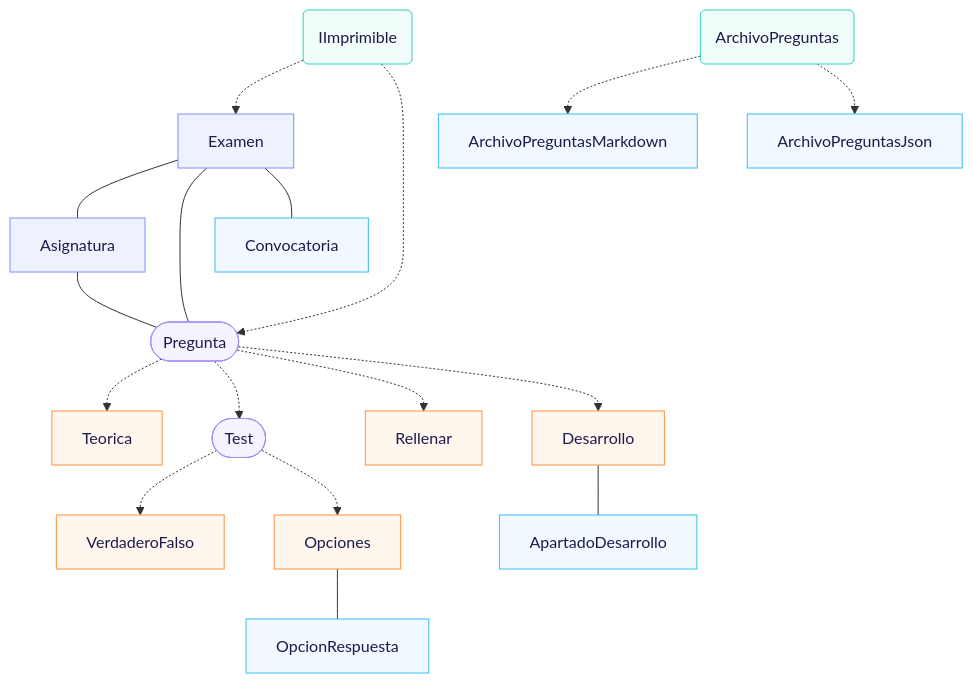
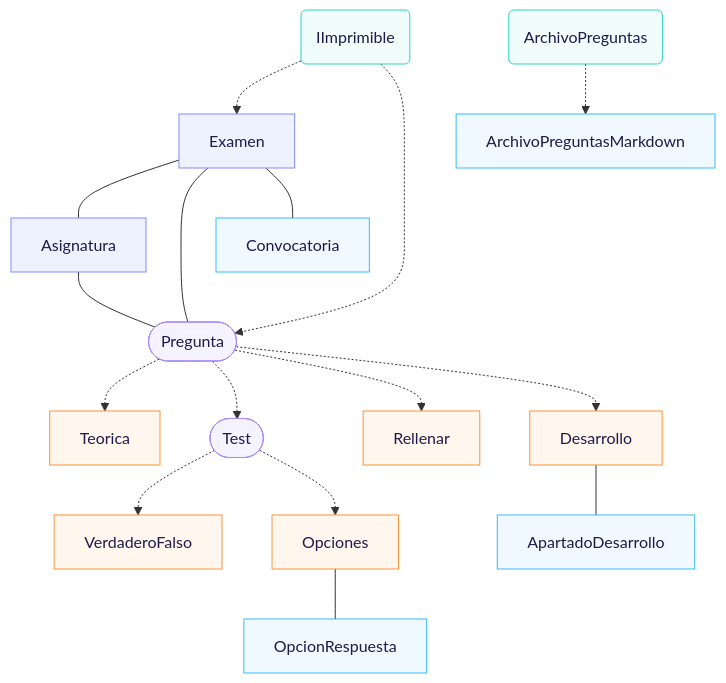
The first of 25 diagrams in Wiki/MODELO.md (JulTob/Examinator), drawn with Mermaid before and after one commit. The commit also changed other lines of this file and 7 other files, not shown here.

````diff
--- a/Wiki/MODELO.md
+++ b/Wiki/MODELO.md
@@ -7,59 +7,57 @@
 ```mermaid
 flowchart TB
     
     Pregunta(["Pregunta"])
     Asignatura["Asignatura"]
     Examen["Examen"]
 
 
     PreguntaTeorica["Teorica"]
     PreguntaTest(["Test"])
     PreguntaRellenar["Rellenar"]
     PreguntaDesarrollo["Desarrollo"]
 
     PreguntaVerdaderoFalso["VerdaderoFalso"]
     PreguntaOpciones["Opciones"]
 
 
     OpcionRespuesta["OpcionRespuesta"]
     ApartadoDesarrollo["ApartadoDesarrollo"]
     Convocatoria["Convocatoria"]
     IImprimible("IImprimible")
     
     ArchivoPreguntas("ArchivoPreguntas")
     ArchivoPreguntasMarkdown["ArchivoPreguntasMarkdown"]
-    ArchivoPreguntasJson["ArchivoPreguntasJson"]
 
     IImprimible -.-> Examen
     IImprimible -.-> Pregunta
 
     Asignatura --- Pregunta
     Examen --- Asignatura
     Examen --- Pregunta
     Examen --- Convocatoria
 
     Pregunta -.-> PreguntaTeorica
     Pregunta -.-> PreguntaTest
     Pregunta -.-> PreguntaRellenar
     Pregunta -.-> PreguntaDesarrollo
 
     PreguntaTest -.-> PreguntaVerdaderoFalso
     PreguntaTest -.-> PreguntaOpciones
 
     PreguntaOpciones --- OpcionRespuesta
     PreguntaDesarrollo --- ApartadoDesarrollo
     ArchivoPreguntas -.-> ArchivoPreguntasMarkdown
-    ArchivoPreguntas -.-> ArchivoPreguntasJson
 
     classDef contract fill:#f0fdfa,stroke:#2dd4bf,color:#1e1b4b
     classDef entity fill:#eef2ff,stroke:#818cf8,color:#1e1b4b
     classDef abstract fill:#f5f3ff,stroke:#a78bfa,color:#1e1b4b
     classDef subtype fill:#fff7ed,stroke:#fb923c,color:#1e1b4b
     classDef metadata fill:#f0f9ff,stroke:#38bdf8,color:#1e1b4b
 
     class IImprimible,ArchivoPreguntas contract
     class Asignatura,Examen entity
     class Pregunta,PreguntaTest abstract
     class PreguntaTeorica,PreguntaRellenar,PreguntaDesarrollo,PreguntaVerdaderoFalso,PreguntaOpciones subtype
-    class OpcionRespuesta,ApartadoDesarrollo,Convocatoria,TipoPregunta,FormatoPreguntas,ArchivoPreguntasMarkdown,ArchivoPreguntasJson metadata
+    class OpcionRespuesta,ApartadoDesarrollo,Convocatoria,TipoPregunta,ArchivoPreguntasMarkdown metadata
 ```
````
